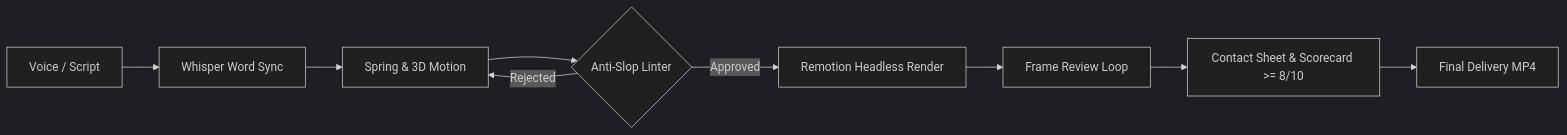
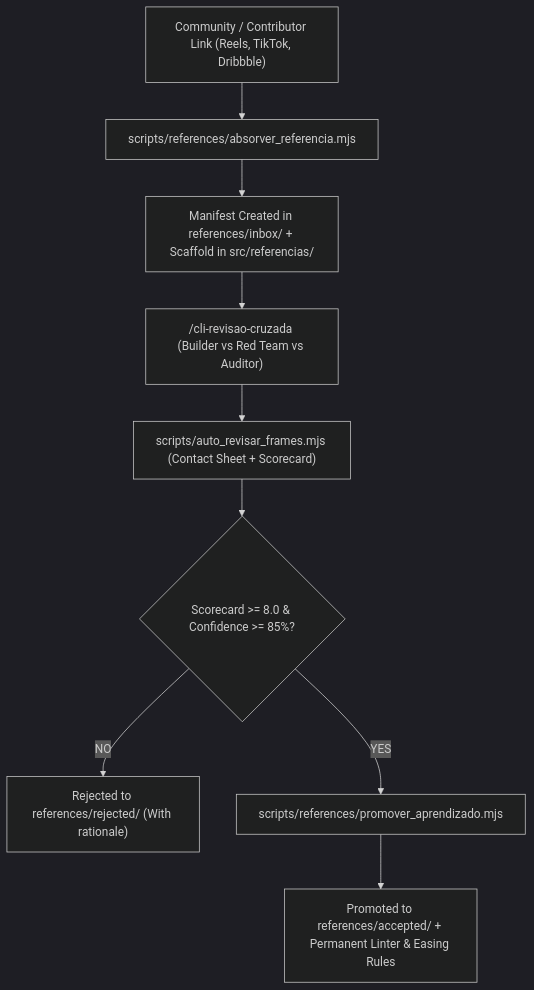
Before and after one commit to Gabrielrtads/AI-Video-Engine: the diagram in README.md, drawn with Mermaid (dark theme). The commit also changed other lines of this file and 19 other files, not shown here.

First line of the commit message:
feat(learning): implementar loop de auto-aprendizado e expurgar midias binarias

````diff
--- a/README.md
+++ b/README.md
@@ -30,11 +47,11 @@
 ```mermaid
-flowchart LR
-    A[Voice / Script] --> B[Whisper Word Sync]
-    B --> C[Spring & 3D Motion]
-    C --> D{Anti-Slop Linter}
-    D -- Rejected --> C
-    D -- Approved --> E[Remotion Headless Render]
-    E --> F[Frame Review Loop]
-    F --> G[Contact Sheet & Scorecard >= 8/10]
-    G --> H[Final Delivery MP4]
+flowchart TD
+    A["Community / Contributor Link (Reels, TikTok, Dribbble)"] --> B["scripts/references/absorver_referencia.mjs"]
+    B --> C["Manifest Created in references/inbox/ + Scaffold in src/referencias/"]
+    C --> D["/cli-revisao-cruzada (Builder vs Red Team vs Auditor)"]
+    D --> E["scripts/auto_revisar_frames.mjs (Contact Sheet + Scorecard)"]
+    E --> F{"Scorecard >= 8.0 & Confidence >= 85%?"}
+    F -- NO --> G["Rejected to references/rejected/ (With rationale)"]
+    F -- YES --> H["scripts/references/promover_aprendizado.mjs"]
+    H --> I["Promoted to references/accepted/ + Permanent Linter & Easing Rules"]
 ```
````
